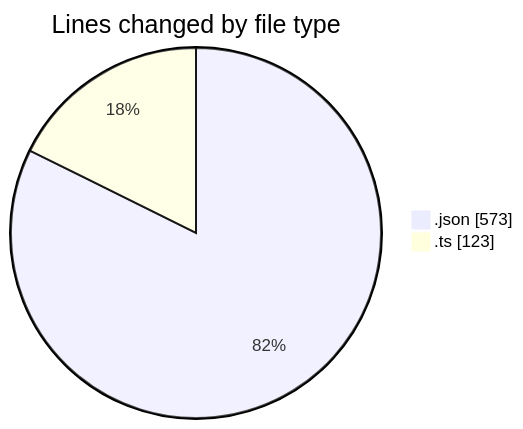
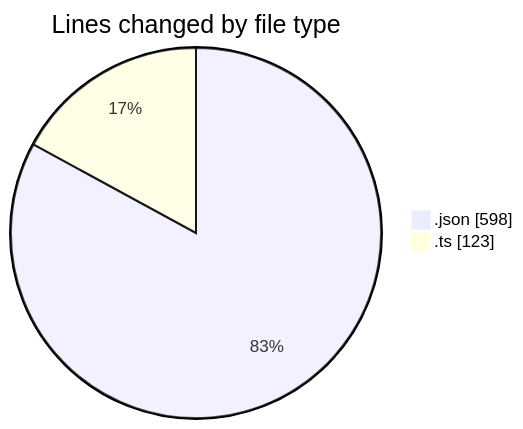
One commit to EIIisD/code-tracking changed the first of 2 diagrams in 2025-07-26/vtuber/README.md. Above: the diagram before and after it, drawn with Mermaid. The commit also changed other lines of this file and 1 other file, not shown here.

````diff
--- a/2025-07-26/vtuber/README.md
+++ b/2025-07-26/vtuber/README.md
@@ -22,6 +22,6 @@
 ```mermaid
 pie showData
 title Lines changed by file type
-".json" : 573
+".json" : 598
 ".ts" : 123
 ```
````
